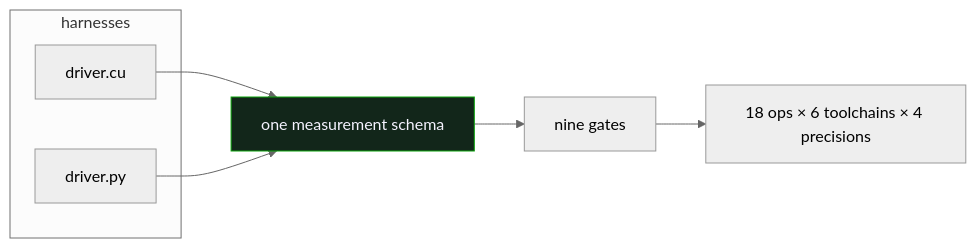
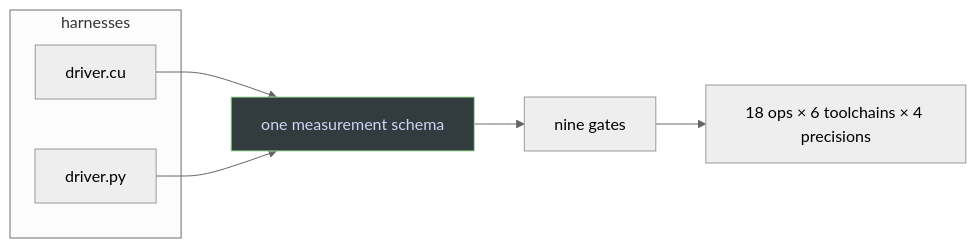
The third of 3 diagrams in src/posts/kernel-agent-that-cannot-lie.mdx (rycerzes/website), drawn with Mermaid (neutral theme) before and after one commit. The commit also changed other lines of this file and 5 other files, not shown here.

Commit message:
style: use catppuccin mocha for code highlighting and post diagrams

````diff
--- a/src/posts/kernel-agent-that-cannot-lie.mdx
+++ b/src/posts/kernel-agent-that-cannot-lie.mdx
@@ -211,13 +211,13 @@
 ```mermaid
 flowchart LR
     subgraph H["harnesses"]
         H1["driver.cu"]
         H2["driver.py"]
     end
     H1 --> S["one measurement schema"]
     H2 --> S
     S --> G["nine gates"]
     G --> O["18 ops × 6 toolchains × 4 precisions"]
 
-    style S fill:#12261a,stroke:#0ca30c,color:#f5f3ff
+    style S fill:#323c3f,stroke:#a6e3a1,color:#cdd6f4
 ```
````
